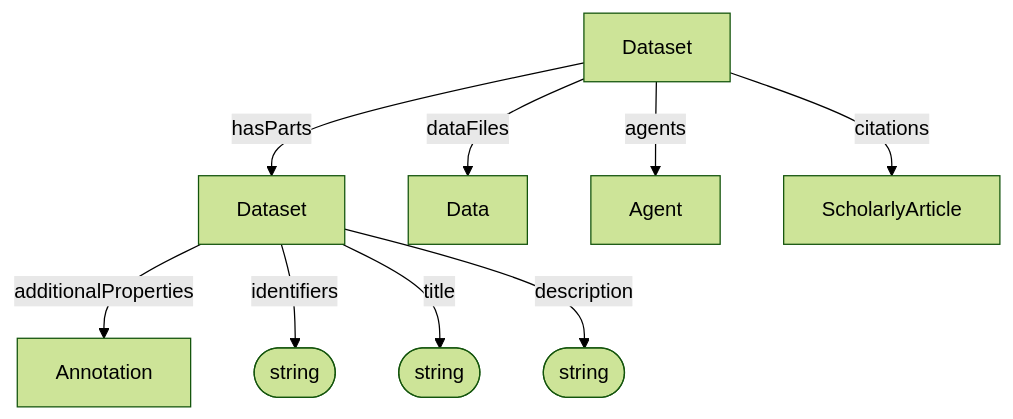
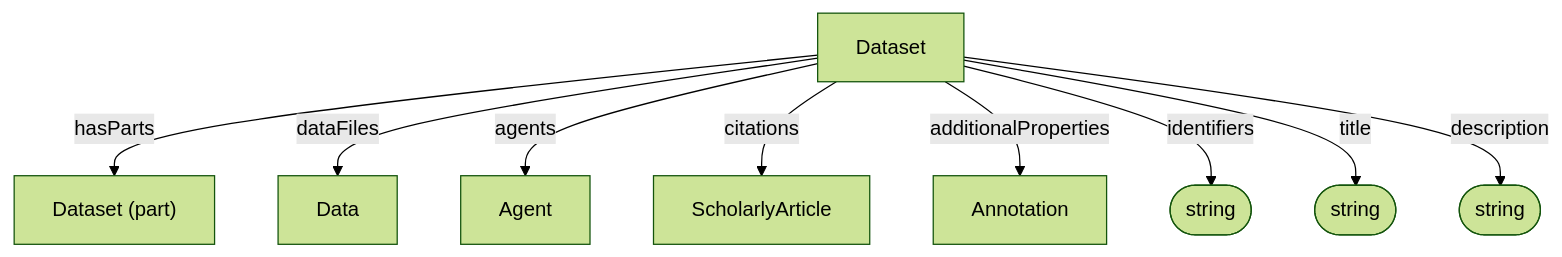
Before and after one commit to HLWeil/ARC-base-model: the diagram in docs/spec/administrative/Dataset.md, drawn with Mermaid (forest theme). The commit also changed other lines of this file and 1 other file, not shown here.

Commit message:
docs: clarify administrative mappings and dataset relationships

````diff
--- a/docs/spec/administrative/Dataset.md
+++ b/docs/spec/administrative/Dataset.md
@@ -42,17 +42,17 @@
 ```mermaid
 flowchart TD
 
     id@{ shape: stadium, label: "string" }
     na@{ shape: stadium, label: "string" }
     de@{ shape: stadium, label: "string" }
 
     d[Dataset]
-    d --hasParts--> Dataset
+    d --hasParts--> part["Dataset (part)"]
     d --dataFiles--> Data
     d --agents--> Agent
     d --citations--> ScholarlyArticle
-    Dataset --additionalProperties--> Annotation
-    Dataset --identifiers--> id
-    Dataset --title--> na
-    Dataset --description--> de
+    d --additionalProperties--> Annotation
+    d --identifiers--> id
+    d --title--> na
+    d --description--> de
 ```
````
